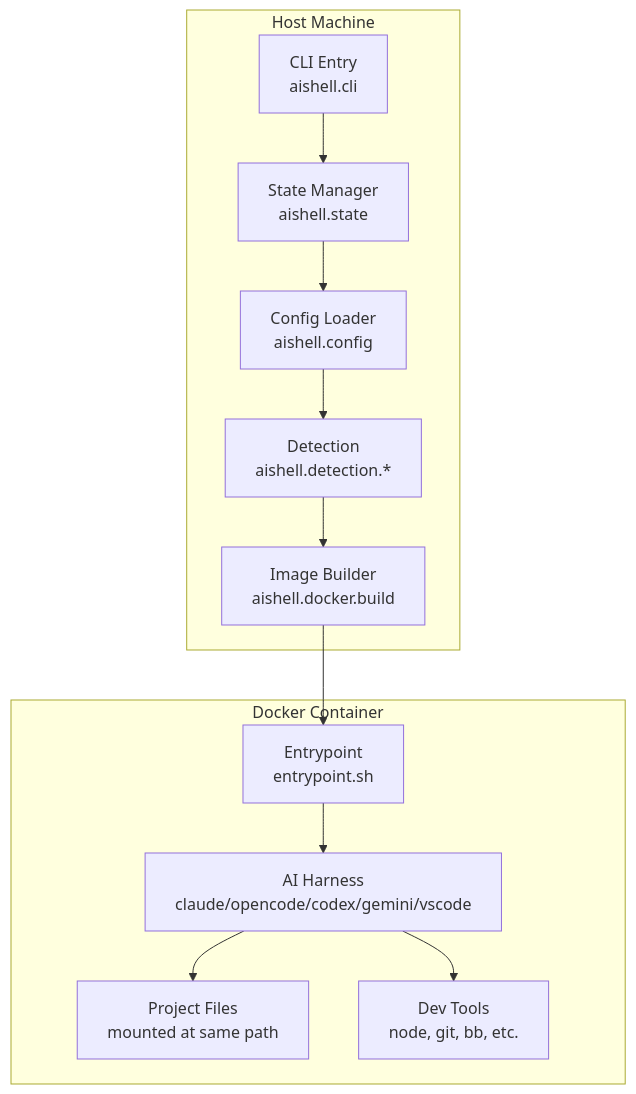
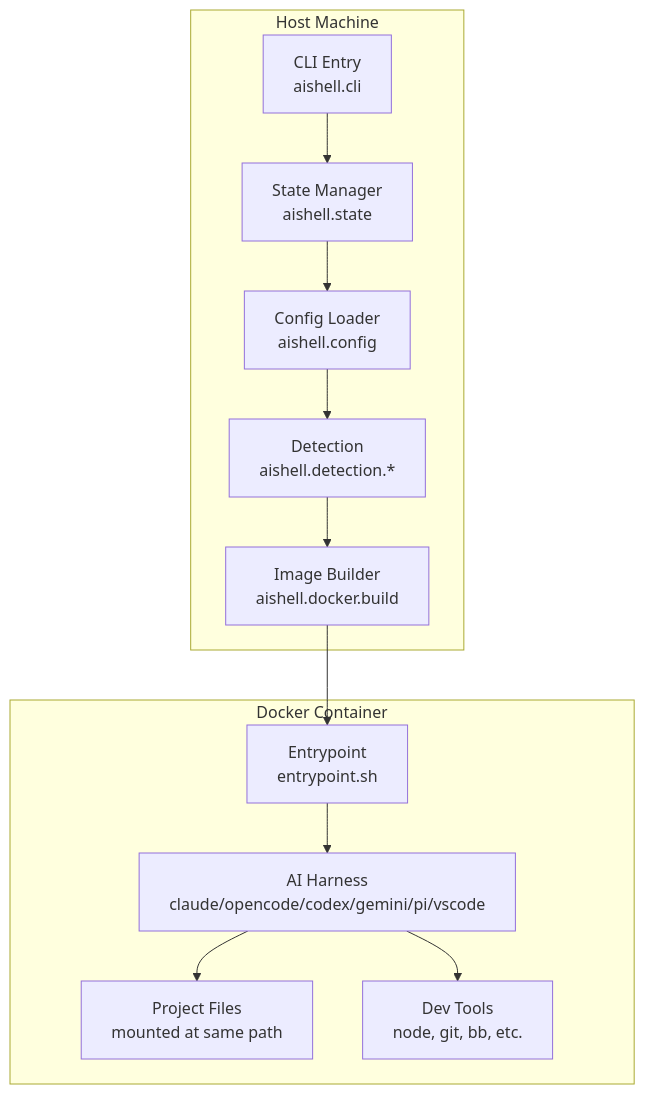
One commit to UniSoma/aishell changed the diagram in docs/ARCHITECTURE.md. Above: the diagram before and after it, drawn with Mermaid. The commit also changed other lines of this file, not shown here.

First line of the commit message:
docs(62-02): add pi references to ARCHITECTURE.md

````diff
--- a/docs/ARCHITECTURE.md
+++ b/docs/ARCHITECTURE.md
@@ -27,26 +27,26 @@
 ```mermaid
 graph TB
     subgraph Host["Host Machine"]
         CLI[CLI Entry<br/>aishell.cli]
         State[State Manager<br/>aishell.state]
         Config[Config Loader<br/>aishell.config]
         Detection[Detection<br/>aishell.detection.*]
         Build[Image Builder<br/>aishell.docker.build]
     end
 
     subgraph Docker["Docker Container"]
         Entry[Entrypoint<br/>entrypoint.sh]
-        Harness[AI Harness<br/>claude/opencode/codex/gemini/vscode]
+        Harness[AI Harness<br/>claude/opencode/codex/gemini/pi/vscode]
         Project[Project Files<br/>mounted at same path]
         Tools[Dev Tools<br/>node, git, bb, etc.]
     end
 
     CLI --> State
     State --> Config
     Config --> Detection
     Detection --> Build
     Build --> Entry
     Entry --> Harness
     Harness --> Project
     Harness --> Tools
 ```
````
